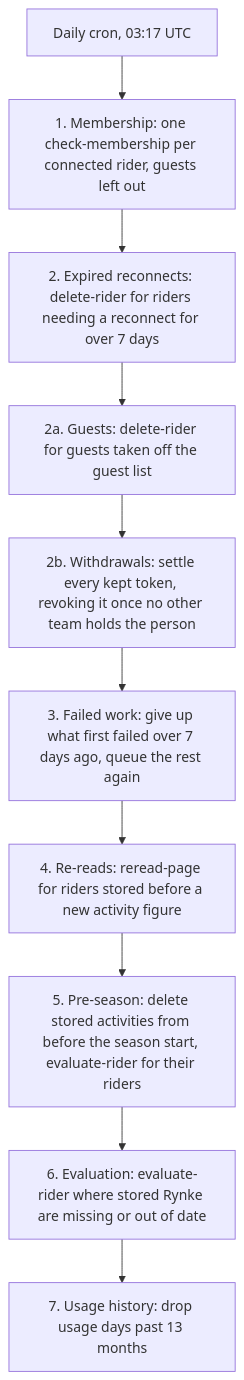
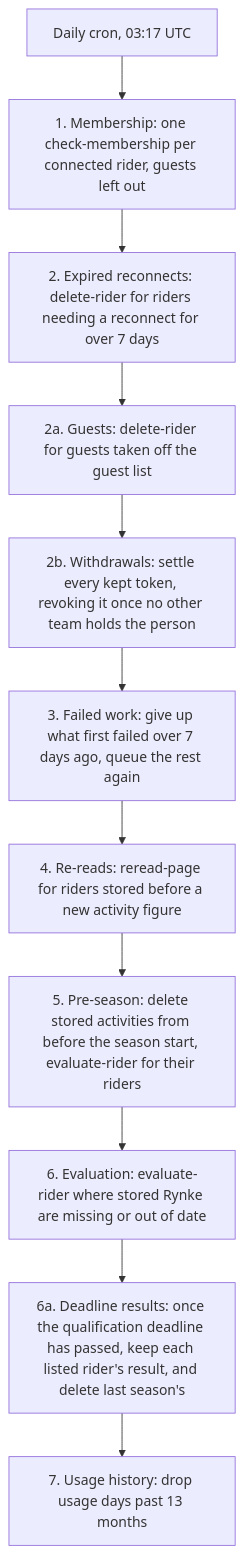
Before and after one commit to SaSteffen/RynkePoints: the fifth of 6 diagrams in docs/how-it-runs.md, drawn with Mermaid. The commit also changed 33 other files, not shown here.

First line of the commit message:
feat(organiser): keep who qualified when the deadline passed

````diff
--- a/docs/how-it-runs.md
+++ b/docs/how-it-runs.md
@@ -261,12 +261,13 @@
 ```mermaid
 flowchart TD
     cron["Daily cron, 03:17 UTC"] --> m["1. Membership: one check-membership per connected rider, guests left out"]
     m --> x["2. Expired reconnects: delete-rider for riders needing a reconnect for over 7 days"]
     x --> g["2a. Guests: delete-rider for guests taken off the guest list"]
     g --> w["2b. Withdrawals: settle every kept token, revoking it once no other team holds the person"]
     w --> f["3. Failed work: give up what first failed over 7 days ago, queue the rest again"]
     f --> r["4. Re-reads: reread-page for riders stored before a new activity figure"]
     r --> p["5. Pre-season: delete stored activities from before the season start, evaluate-rider for their riders"]
     p --> e["6. Evaluation: evaluate-rider where stored Rynke are missing or out of date"]
-    e --> u["7. Usage history: drop usage days past 13 months"]
+    e --> d["6a. Deadline results: once the qualification deadline has passed, keep each listed rider's result, and delete last season's"]
+    d --> u["7. Usage history: drop usage days past 13 months"]
 ```
````
